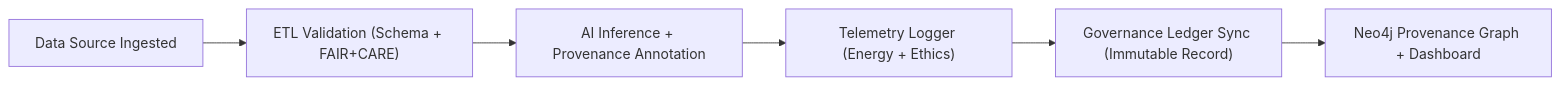
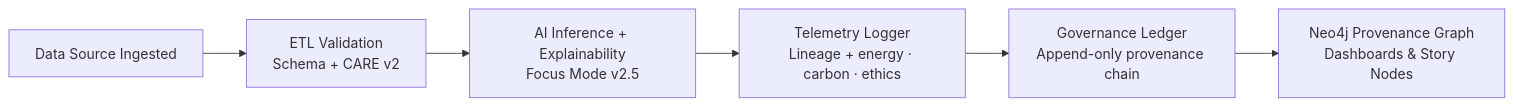
One commit to bartytime4life/Kansas-Frontier-Matrix changed the second of 2 diagrams in docs/guides/telemetry/data-lineage-monitoring.md. Above: the diagram before and after it, drawn with Mermaid. The commit also changed other lines of this file, not shown here.

````diff
--- a/docs/guides/telemetry/data-lineage-monitoring.md
+++ b/docs/guides/telemetry/data-lineage-monitoring.md
@@ -191,8 +235,8 @@
 ```mermaid
 flowchart LR
-A["Data Source Ingested"] --> B["ETL Validation (Schema + FAIR+CARE)"]
-B --> C["AI Inference + Provenance Annotation"]
-C --> D["Telemetry Logger (Energy + Ethics)"]
-D --> E["Governance Ledger Sync (Immutable Record)"]
-E --> F["Neo4j Provenance Graph + Dashboard"]
+SRC["Data Source Ingested"] --> ETL["ETL Validation<br/>Schema + CARE v2"]
+ETL --> AI["AI Inference + Explainability<br/>Focus Mode v2.5"]
+AI --> TEL["Telemetry Logger<br/>Lineage + energy · carbon · ethics"]
+TEL --> LED["Governance Ledger<br/>Append-only provenance chain"]
+LED --> NEO["Neo4j Provenance Graph<br/>Dashboards & Story Nodes"]
 ```
````
